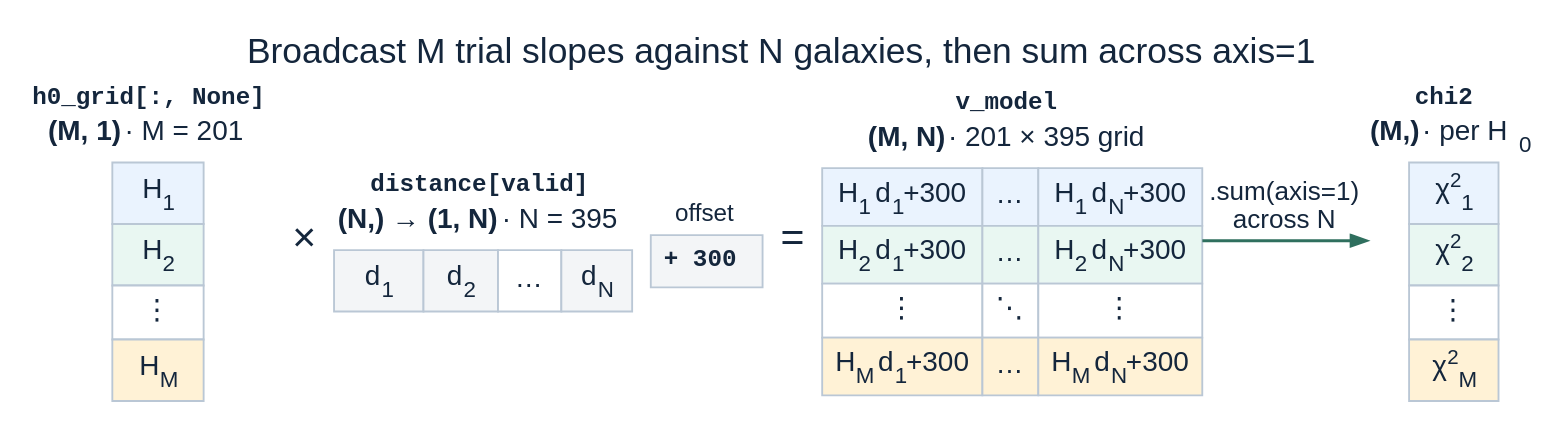
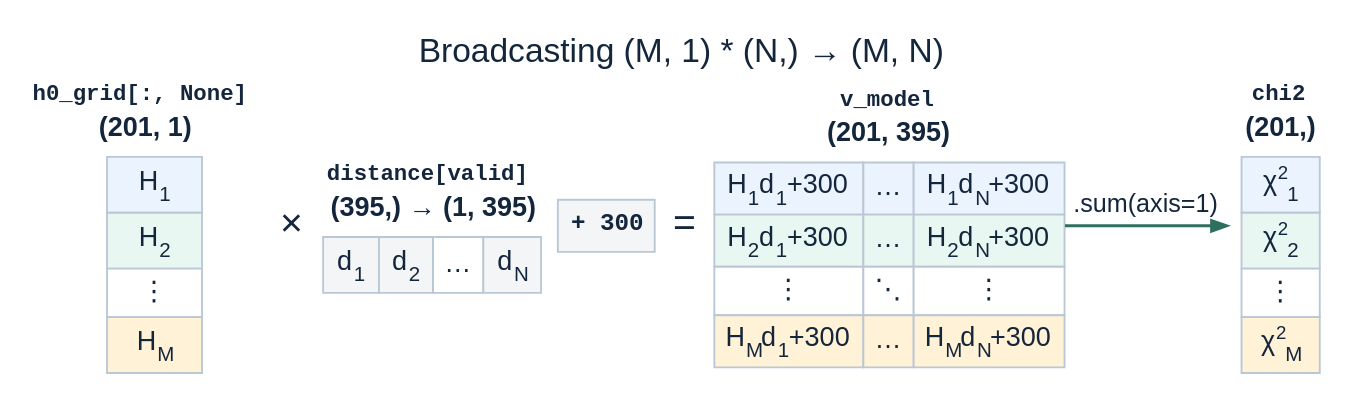
Before and after one commit to xangma/jupyter_data_languages: the diagram in book/diagrams/broadcasting.dot, drawn with Graphviz. The commit also changed 20 other files, not shown here.

Commit message:
Trim all remaining Primer, Session 1, Session 3, and Signal diagrams

```diff
--- a/book/diagrams/broadcasting.dot
+++ b/book/diagrams/broadcasting.dot
@@ -1,134 +1,101 @@
-// Source: 01-catalogue.ipynb; 2D broadcasting for a chi^2(H0) grid scan over galaxies.
+// Source: 01-catalogue.ipynb; 2D broadcasting (M, 1) * (N,) -> (M, N) + .sum(axis=1).
 digraph broadcasting {
   graph [
-    bgcolor="white", fontname="Arial", fontsize=19, fontcolor="#14263C",
-    label="Broadcast M trial slopes against N galaxies, then sum across axis=1",
-    labelloc=t, rankdir=TB, newrank=true, nodesep=0.07, ranksep=0.28, pad=0.10
+    bgcolor="white", fontname="Arial", fontsize=18, fontcolor="#14263C",
+    label="Broadcasting (M, 1) * (N,) → (M, N)",
+    labelloc=t, rankdir=TB, newrank=true, nodesep=0.07, ranksep=0.26, pad=0.10
   ];
   node [
-    shape=plain, fontname="Arial", fontsize=15, fontcolor="#14263C",
+    shape=plain, fontname="Arial", fontsize=14.5, fontcolor="#14263C",
     color="#BAC7D5", penwidth=1.4
   ];
   edge [
-    fontname="Arial", fontsize=14, fontcolor="#14263C",
+    fontname="Arial", fontsize=13.5, fontcolor="#14263C",
     color="#526780", penwidth=1.6, arrowsize=0.8
   ];
 
   h0_col [label=<
     <TABLE BORDER="0" CELLBORDER="0" CELLSPACING="0" CELLPADDING="2">
-      <TR><TD COLSPAN="3"><FONT FACE="Courier New" POINT-SIZE="13"><B>h0_grid[:, None]&#160;</B></FONT></TD></TR>
-      <TR><TD COLSPAN="3"><B>(M, 1)</B> · M = 201</TD></TR>
-      <TR><TD COLSPAN="3" HEIGHT="4"></TD></TR>
-      <TR>
-        <TD WIDTH="30"></TD>
-        <TD BORDER="1" COLOR="#BAC7D5" BGCOLOR="#EAF3FE" CELLPADDING="7" WIDTH="42">H<SUB><FONT POINT-SIZE="12">1</FONT></SUB></TD>
-        <TD WIDTH="30"></TD>
-      </TR>
-      <TR>
-        <TD></TD>
-        <TD BORDER="1" COLOR="#BAC7D5" BGCOLOR="#E9F7F2" CELLPADDING="7">H<SUB><FONT POINT-SIZE="12">2</FONT></SUB></TD>
-        <TD></TD>
-      </TR>
-      <TR>
-        <TD></TD>
-        <TD BORDER="1" COLOR="#BAC7D5" BGCOLOR="#FFFFFF" CELLPADDING="5">&#8942;</TD>
-        <TD></TD>
-      </TR>
-      <TR>
-        <TD></TD>
-        <TD BORDER="1" COLOR="#BAC7D5" BGCOLOR="#FFF2D6" CELLPADDING="7">H<SUB><FONT POINT-SIZE="12">M</FONT></SUB></TD>
-        <TD></TD>
-      </TR>
+      <TR><TD COLSPAN="3"><FONT FACE="Courier New" POINT-SIZE="12.5"><B>h0_grid[:, None]</B></FONT></TD></TR>
+      <TR><TD COLSPAN="3"><B>(201, 1)</B></TD></TR>
+      <TR><TD COLSPAN="3" HEIGHT="3"></TD></TR>
+      <TR><TD WIDTH="20"></TD><TD BORDER="1" COLOR="#BAC7D5" BGCOLOR="#EAF3FE" CELLPADDING="6" WIDTH="40">H<SUB><FONT POINT-SIZE="11">1</FONT></SUB></TD><TD WIDTH="20"></TD></TR>
+      <TR><TD></TD><TD BORDER="1" COLOR="#BAC7D5" BGCOLOR="#E9F7F2" CELLPADDING="6">H<SUB><FONT POINT-SIZE="11">2</FONT></SUB></TD><TD></TD></TR>
+      <TR><TD></TD><TD BORDER="1" COLOR="#BAC7D5" BGCOLOR="#FFFFFF" CELLPADDING="4">&#8942;</TD><TD></TD></TR>
+      <TR><TD></TD><TD BORDER="1" COLOR="#BAC7D5" BGCOLOR="#FFF2D6" CELLPADDING="6">H<SUB><FONT POINT-SIZE="11">M</FONT></SUB></TD><TD></TD></TR>
     </TABLE>
   >];
 
-  multiply [fontsize=22, label="×"];
+  multiply [fontsize=21, label="×"];
 
   dist_row [label=<
     <TABLE BORDER="0" CELLBORDER="0" CELLSPACING="0" CELLPADDING="2">
-      <TR><TD COLSPAN="4"><FONT FACE="Courier New" POINT-SIZE="13"><B>distance[valid]&#160;</B></FONT></TD></TR>
-      <TR><TD COLSPAN="4"><B>(N,) → (1, N)</B> · N = 395</TD></TR>
-      <TR><TD COLSPAN="4" HEIGHT="4"></TD></TR>
+      <TR><TD COLSPAN="4"><FONT FACE="Courier New" POINT-SIZE="12.5"><B>distance[valid]</B></FONT></TD></TR>
+      <TR><TD COLSPAN="4"><B>(395,) → (1, 395)</B></TD></TR>
+      <TR><TD COLSPAN="4" HEIGHT="3"></TD></TR>
       <TR>
-        <TD BORDER="1" COLOR="#BAC7D5" BGCOLOR="#F3F5F7" CELLPADDING="7">d<SUB><FONT POINT-SIZE="12">1</FONT></SUB></TD>
-        <TD BORDER="1" COLOR="#BAC7D5" BGCOLOR="#F3F5F7" CELLPADDING="7">d<SUB><FONT POINT-SIZE="12">2</FONT></SUB></TD>
-        <TD BORDER="1" COLOR="#BAC7D5" BGCOLOR="#FFFFFF" CELLPADDING="6">&#8230;</TD>
-        <TD BORDER="1" COLOR="#BAC7D5" BGCOLOR="#F3F5F7" CELLPADDING="7">d<SUB><FONT POINT-SIZE="12">N</FONT></SUB></TD>
+        <TD BORDER="1" COLOR="#BAC7D5" BGCOLOR="#F3F5F7" CELLPADDING="6">d<SUB><FONT POINT-SIZE="11">1</FONT></SUB></TD>
+        <TD BORDER="1" COLOR="#BAC7D5" BGCOLOR="#F3F5F7" CELLPADDING="6">d<SUB><FONT POINT-SIZE="11">2</FONT></SUB></TD>
+        <TD BORDER="1" COLOR="#BAC7D5" BGCOLOR="#FFFFFF" CELLPADDING="5">&#8230;</TD>
+        <TD BORDER="1" COLOR="#BAC7D5" BGCOLOR="#F3F5F7" CELLPADDING="6">d<SUB><FONT POINT-SIZE="11">N</FONT></SUB></TD>
       </TR>
     </TABLE>
   >];
 
   plus_offset [label=<
-    <TABLE BORDER="0" CELLBORDER="0" CELLSPACING="0" CELLPADDING="4">
-      <TR><TD><FONT POINT-SIZE="13">offset</FONT></TD></TR>
-      <TR><TD BORDER="1" COLOR="#BAC7D5" BGCOLOR="#F3F5F7" CELLPADDING="6"><FONT FACE="Courier New" POINT-SIZE="13"><B>+ 300&#160;</B></FONT></TD></TR>
+    <TABLE BORDER="0" CELLBORDER="0" CELLSPACING="0" CELLPADDING="3">
+      <TR><TD BORDER="1" COLOR="#BAC7D5" BGCOLOR="#F3F5F7" CELLPADDING="6"><FONT FACE="Courier New" POINT-SIZE="13"><B>+ 300</B></FONT></TD></TR>
     </TABLE>
   >];
 
-  equals [fontsize=22, label="="];
+  equals [fontsize=21, label="="];
 
   v_model [label=<
     <TABLE BORDER="0" CELLBORDER="0" CELLSPACING="0" CELLPADDING="2">
-      <TR><TD COLSPAN="3"><FONT FACE="Courier New" POINT-SIZE="13"><B>v_model&#160;</B></FONT></TD></TR>
-      <TR><TD COLSPAN="3"><B>(M, N)</B> · 201 × 395 grid</TD></TR>
-      <TR><TD COLSPAN="3" HEIGHT="4"></TD></TR>
+      <TR><TD COLSPAN="3"><FONT FACE="Courier New" POINT-SIZE="12.5"><B>v_model</B></FONT></TD></TR>
+      <TR><TD COLSPAN="3"><B>(201, 395)</B></TD></TR>
+      <TR><TD COLSPAN="3" HEIGHT="3"></TD></TR>
       <TR>
-        <TD BORDER="1" COLOR="#BAC7D5" BGCOLOR="#EAF3FE" CELLPADDING="6">H<SUB><FONT POINT-SIZE="12">1</FONT></SUB>&#8201;d<SUB><FONT POINT-SIZE="12">1</FONT></SUB>+300</TD>
-        <TD BORDER="1" COLOR="#BAC7D5" BGCOLOR="#EAF3FE" CELLPADDING="6">&#8230;</TD>
-        <TD BORDER="1" COLOR="#BAC7D5" BGCOLOR="#EAF3FE" CELLPADDING="6">H<SUB><FONT POINT-SIZE="12">1</FONT></SUB>&#8201;d<SUB><FONT POINT-SIZE="12">N</FONT></SUB>+300</TD>
+        <TD BORDER="1" COLOR="#BAC7D5" BGCOLOR="#EAF3FE" CELLPADDING="5">H<SUB><FONT POINT-SIZE="11">1</FONT></SUB>d<SUB><FONT POINT-SIZE="11">1</FONT></SUB>+300</TD>
+        <TD BORDER="1" COLOR="#BAC7D5" BGCOLOR="#EAF3FE" CELLPADDING="5">&#8230;</TD>
+        <TD BORDER="1" COLOR="#BAC7D5" BGCOLOR="#EAF3FE" CELLPADDING="5">H<SUB><FONT POINT-SIZE="11">1</FONT></SUB>d<SUB><FONT POINT-SIZE="11">N</FONT></SUB>+300</TD>
       </TR>
       <TR>
-        <TD BORDER="1" COLOR="#BAC7D5" BGCOLOR="#E9F7F2" CELLPADDING="6">H<SUB><FONT POINT-SIZE="12">2</FONT></SUB>&#8201;d<SUB><FONT POINT-SIZE="12">1</FONT></SUB>+300</TD>
-        <TD BORDER="1" COLOR="#BAC7D5" BGCOLOR="#E9F7F2" CELLPADDING="6">&#8230;</TD>
-        <TD BORDER="1" COLOR="#BAC7D5" BGCOLOR="#E9F7F2" CELLPADDING="6">H<SUB><FONT POINT-SIZE="12">2</FONT></SUB>&#8201;d<SUB><FONT POINT-SIZE="12">N</FONT></SUB>+300</TD>
+        <TD BORDER="1" COLOR="#BAC7D5" BGCOLOR="#E9F7F2" CELLPADDING="5">H<SUB><FONT POINT-SIZE="11">2</FONT></SUB>d<SUB><FONT POINT-SIZE="11">1</FONT></SUB>+300</TD>
+        <TD BORDER="1" COLOR="#BAC7D5" BGCOLOR="#E9F7F2" CELLPADDING="5">&#8230;</TD>
+        <TD BORDER="1" COLOR="#BAC7D5" BGCOLOR="#E9F7F2" CELLPADDING="5">H<SUB><FONT POINT-SIZE="11">2</FONT></SUB>d<SUB><FONT POINT-SIZE="11">N</FONT></SUB>+300</TD>
       </TR>
       <TR>
-        <TD BORDER="1" COLOR="#BAC7D5" BGCOLOR="#FFFFFF" CELLPADDING="5">&#8942;</TD>
-        <TD BORDER="1" COLOR="#BAC7D5" BGCOLOR="#FFFFFF" CELLPADDING="5">&#8945;</TD>
-        <TD BORDER="1" COLOR="#BAC7D5" BGCOLOR="#FFFFFF" CELLPADDING="5">&#8942;</TD>
+        <TD BORDER="1" COLOR="#BAC7D5" BGCOLOR="#FFFFFF" CELLPADDING="4">&#8942;</TD>
+        <TD BORDER="1" COLOR="#BAC7D5" BGCOLOR="#FFFFFF" CELLPADDING="4">&#8945;</TD>
+        <TD BORDER="1" COLOR="#BAC7D5" BGCOLOR="#FFFFFF" CELLPADDING="4">&#8942;</TD>
       </TR>
       <TR>
-        <TD BORDER="1" COLOR="#BAC7D5" BGCOLOR="#FFF2D6" CELLPADDING="6">H<SUB><FONT POINT-SIZE="12">M</FONT></SUB>&#8201;d<SUB><FONT POINT-SIZE="12">1</FONT></SUB>+300</TD>
-        <TD BORDER="1" COLOR="#BAC7D5" BGCOLOR="#FFF2D6" CELLPADDING="6">&#8230;</TD>
-        <TD BORDER="1" COLOR="#BAC7D5" BGCOLOR="#FFF2D6" CELLPADDING="6">H<SUB><FONT POINT-SIZE="12">M</FONT></SUB>&#8201;d<SUB><FONT POINT-SIZE="12">N</FONT></SUB>+300</TD>
+        <TD BORDER="1" COLOR="#BAC7D5" BGCOLOR="#FFF2D6" CELLPADDING="5">H<SUB><FONT POINT-SIZE="11">M</FONT></SUB>d<SUB><FONT POINT-SIZE="11">1</FONT></SUB>+300</TD>
+        <TD BORDER="1" COLOR="#BAC7D5" BGCOLOR="#FFF2D6" CELLPADDING="5">&#8230;</TD>
+        <TD BORDER="1" COLOR="#BAC7D5" BGCOLOR="#FFF2D6" CELLPADDING="5">H<SUB><FONT POINT-SIZE="11">M</FONT></SUB>d<SUB><FONT POINT-SIZE="11">N</FONT></SUB>+300</TD>
       </TR>
     </TABLE>
   >];
 
   chi2_vec [label=<
     <TABLE BORDER="0" CELLBORDER="0" CELLSPACING="0" CELLPADDING="2">
-      <TR><TD COLSPAN="3"><FONT FACE="Courier New" POINT-SIZE="13"><B>chi2&#160;</B></FONT></TD></TR>
-      <TR><TD COLSPAN="3"><B>(M,)</B> · per H<SUB><FONT POINT-SIZE="12">0</FONT></SUB></TD></TR>
-      <TR><TD COLSPAN="3" HEIGHT="4"></TD></TR>
-      <TR>
-        <TD WIDTH="14"></TD>
-        <TD BORDER="1" COLOR="#BAC7D5" BGCOLOR="#EAF3FE" CELLPADDING="7" WIDTH="44">&#967;<SUP><FONT POINT-SIZE="11">2</FONT></SUP><SUB><FONT POINT-SIZE="12">1</FONT></SUB></TD>
-        <TD WIDTH="14"></TD>
-      </TR>
-      <TR>
-        <TD></TD>
-        <TD BORDER="1" COLOR="#BAC7D5" BGCOLOR="#E9F7F2" CELLPADDING="7">&#967;<SUP><FONT POINT-SIZE="11">2</FONT></SUP><SUB><FONT POINT-SIZE="12">2</FONT></SUB></TD>
-        <TD></TD>
-      </TR>
-      <TR>
-        <TD></TD>
-        <TD BORDER="1" COLOR="#BAC7D5" BGCOLOR="#FFFFFF" CELLPADDING="5">&#8942;</TD>
-        <TD></TD>
-      </TR>
-      <TR>
-        <TD></TD>
-        <TD BORDER="1" COLOR="#BAC7D5" BGCOLOR="#FFF2D6" CELLPADDING="7">&#967;<SUP><FONT POINT-SIZE="11">2</FONT></SUP><SUB><FONT POINT-SIZE="12">M</FONT></SUB></TD>
-        <TD></TD>
-      </TR>
+      <TR><TD COLSPAN="3"><FONT FACE="Courier New" POINT-SIZE="12.5"><B>chi2</B></FONT></TD></TR>
+      <TR><TD COLSPAN="3"><B>(201,)</B></TD></TR>
+      <TR><TD COLSPAN="3" HEIGHT="3"></TD></TR>
+      <TR><TD WIDTH="8"></TD><TD BORDER="1" COLOR="#BAC7D5" BGCOLOR="#EAF3FE" CELLPADDING="6" WIDTH="42">&#967;<SUP><FONT POINT-SIZE="10">2</FONT></SUP><SUB><FONT POINT-SIZE="11">1</FONT></SUB></TD><TD WIDTH="8"></TD></TR>
+      <TR><TD></TD><TD BORDER="1" COLOR="#BAC7D5" BGCOLOR="#E9F7F2" CELLPADDING="6">&#967;<SUP><FONT POINT-SIZE="10">2</FONT></SUP><SUB><FONT POINT-SIZE="11">2</FONT></SUB></TD><TD></TD></TR>
+      <TR><TD></TD><TD BORDER="1" COLOR="#BAC7D5" BGCOLOR="#FFFFFF" CELLPADDING="4">&#8942;</TD><TD></TD></TR>
+      <TR><TD></TD><TD BORDER="1" COLOR="#BAC7D5" BGCOLOR="#FFF2D6" CELLPADDING="6">&#967;<SUP><FONT POINT-SIZE="10">2</FONT></SUP><SUB><FONT POINT-SIZE="11">M</FONT></SUB></TD><TD></TD></TR>
     </TABLE>
   >];
 
   { rank=same; h0_col; multiply; dist_row; plus_offset; equals; v_model; chi2_vec; }
 
   h0_col -> multiply [style=invis, weight=100];
   multiply -> dist_row [style=invis, weight=100];
   dist_row -> plus_offset [style=invis, weight=100];
   plus_offset -> equals [style=invis, weight=100];
   equals -> v_model [style=invis, weight=100];
-  v_model -> chi2_vec [color="#2F6F5E", label=" .sum(axis=1)\n across N", weight=100];
+  v_model -> chi2_vec [color="#2F6F5E", label=" .sum(axis=1)", weight=100];
 }
```
